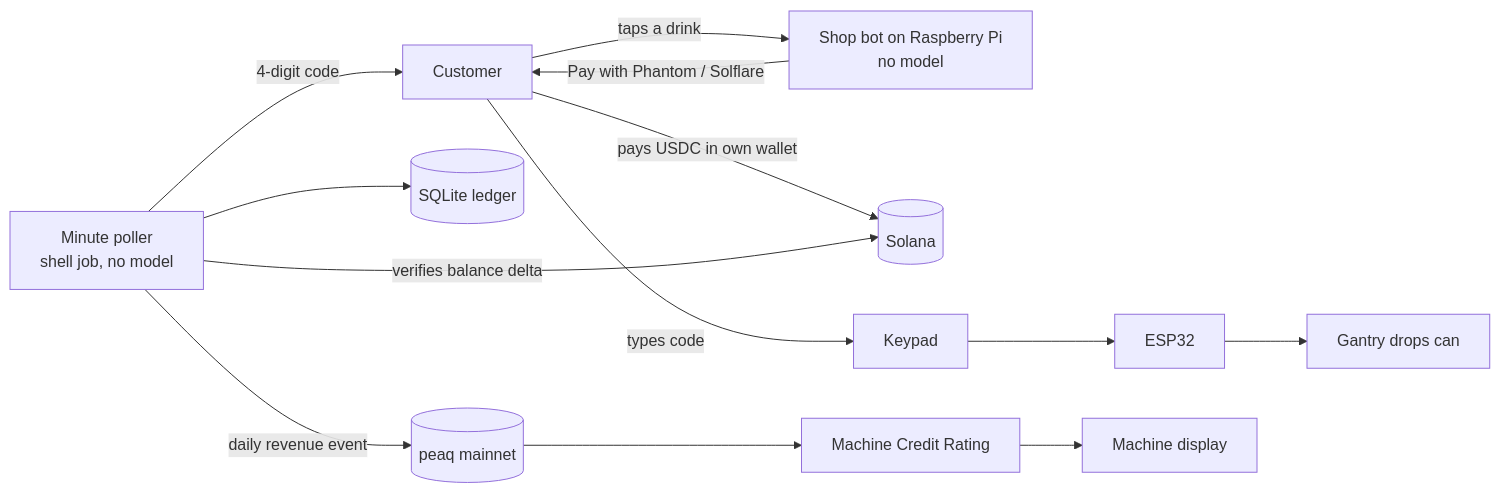
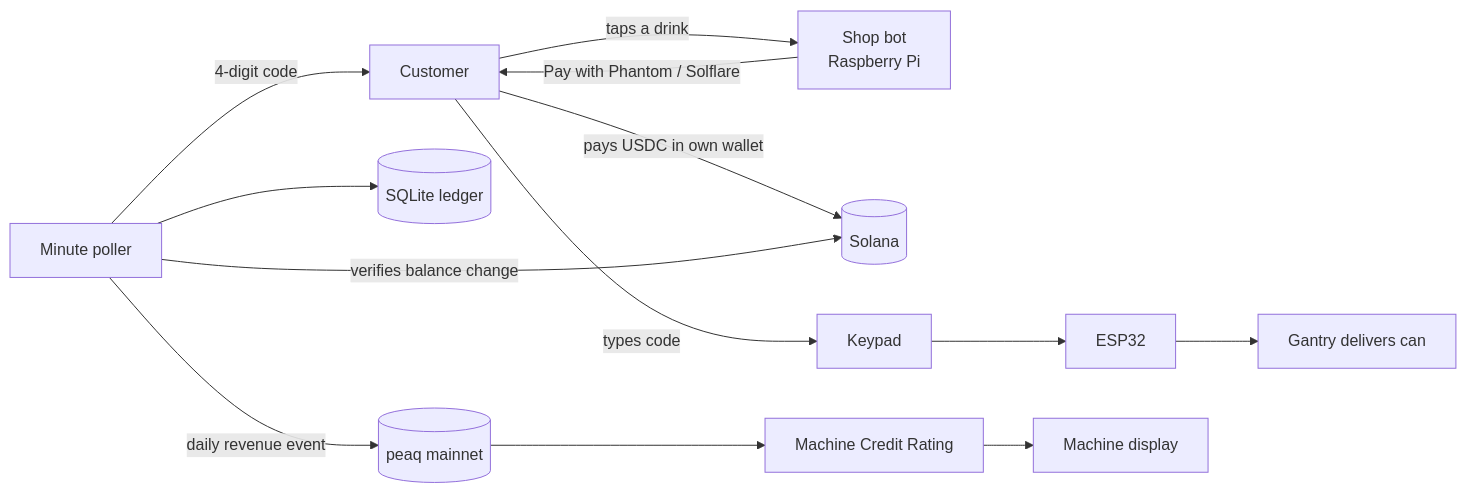
One commit to Yahmad2601/solvend-peaq changed the diagram in README.md. Above: the diagram before and after it, drawn with Mermaid. The commit also changed other lines of this file and 15 other files, not shown here.

````diff
--- a/README.md
+++ b/README.md
@@ -48,13 +44,13 @@
 ```mermaid
 flowchart LR
-  C[Customer] -->|taps a drink| A[Shop bot on Raspberry Pi<br/>no model]
-  A -->|Pay with Phantom / Solflare| C
+  C[Customer] -->|taps a drink| B[Shop bot<br/>Raspberry Pi]
+  B -->|Pay with Phantom / Solflare| C
   C -->|pays USDC in own wallet| S[(Solana)]
-  W[Minute poller<br/>shell job, no model] -->|verifies balance delta| S
+  W[Minute poller] -->|verifies balance change| S
   W --> L[(SQLite ledger)]
   W -->|4-digit code| C
-  C -->|types code| K[Keypad] --> E[ESP32] --> M[Gantry drops can]
+  C -->|types code| K[Keypad] --> E[ESP32] --> M[Gantry delivers can]
   W -->|daily revenue event| P[(peaq mainnet)]
   P --> R[Machine Credit Rating]
   R --> D[Machine display]
 ```
````
